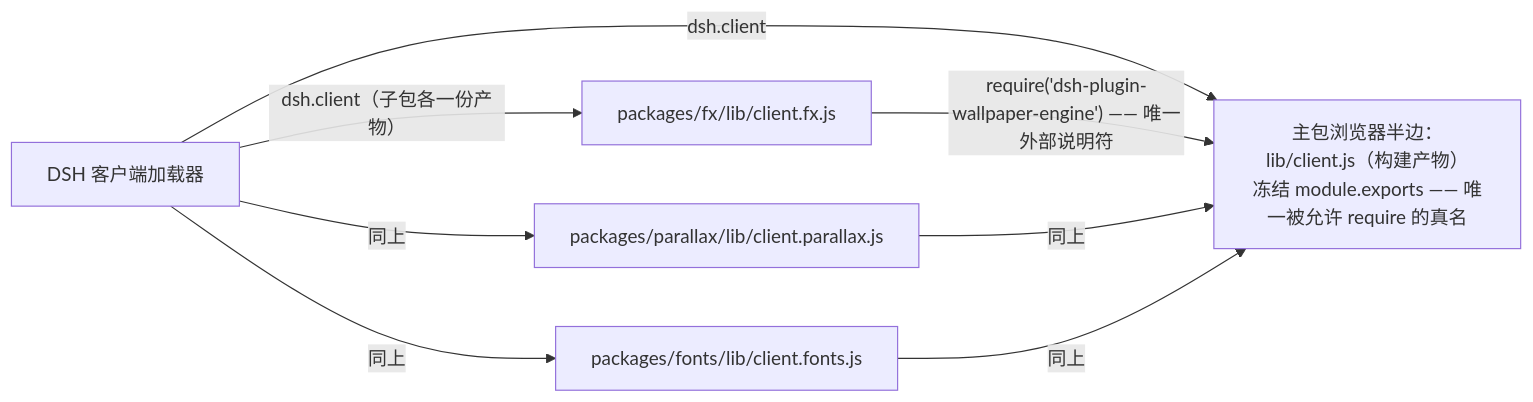
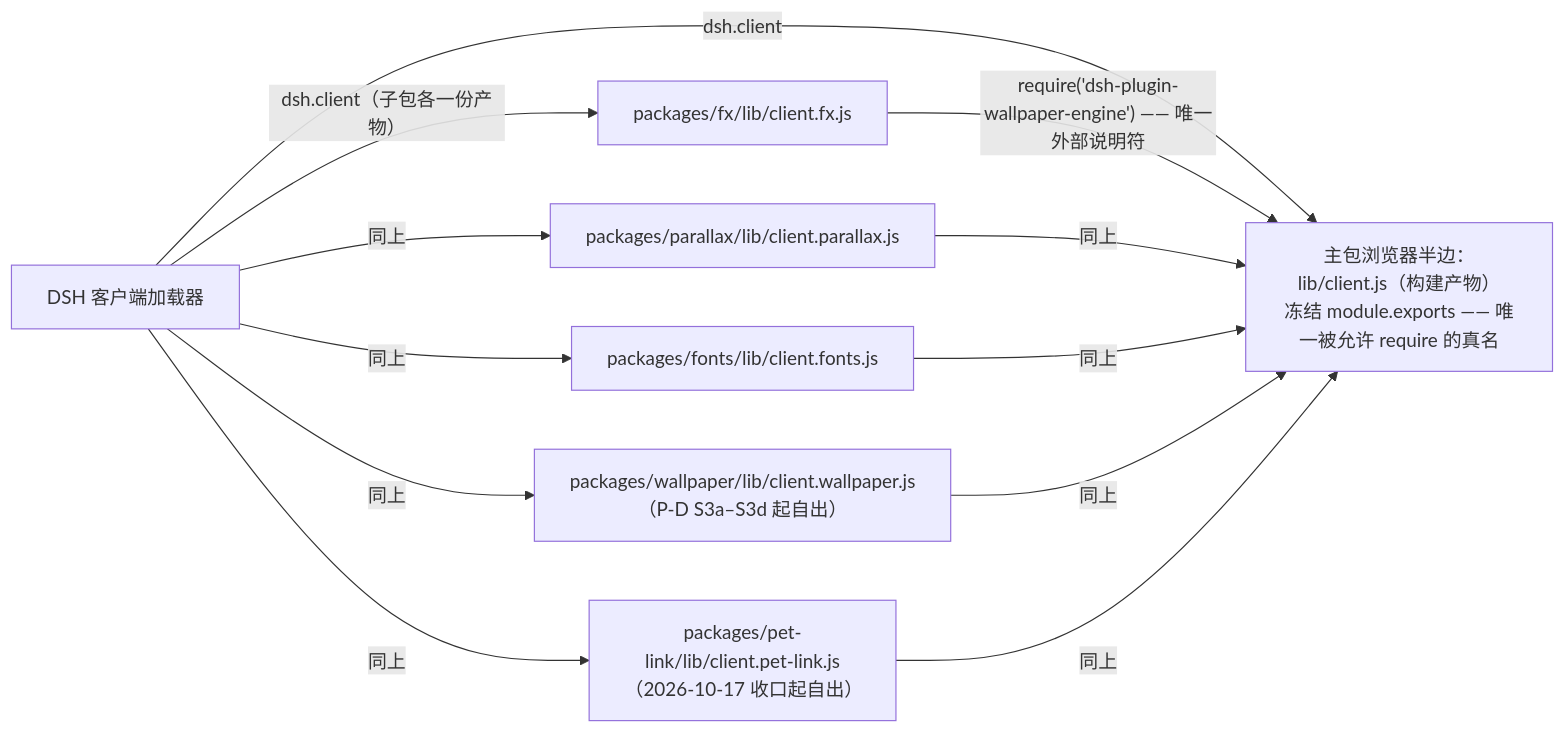
Before and after one commit to CREAMSOU/dsh-wallpaper-engine: the third of 3 diagrams in docs/SUBPACKAGE-GRAPH.md, drawn with Mermaid. The commit also changed other lines of this file and 2 other files, not shown here.

````diff
--- a/docs/SUBPACKAGE-GRAPH.md
+++ b/docs/SUBPACKAGE-GRAPH.md
@@ -86,12 +88,16 @@
 ```mermaid
 graph LR
   LOADER["DSH 客户端加载器"]
   MAINB["主包浏览器半边：lib/client.js（构建产物）<br/>冻结 module.exports —— 唯一被允许 require 的真名"]
   LOADER -->|"dsh.client"| MAINB
   LOADER -->|"dsh.client（子包各一份产物）"| FB["packages/fx/lib/client.fx.js"]
   LOADER -->|"同上"| PB["packages/parallax/lib/client.parallax.js"]
   LOADER -->|"同上"| FT["packages/fonts/lib/client.fonts.js"]
+  LOADER -->|"同上"| WB["packages/wallpaper/lib/client.wallpaper.js（P-D S3a–S3d 起自出）"]
+  LOADER -->|"同上"| PL["packages/pet-link/lib/client.pet-link.js（2026-10-17 收口起自出）"]
   FB -->|"require('dsh-plugin-wallpaper-engine') —— 唯一外部说明符"| MAINB
   PB -->|"同上"| MAINB
   FT -->|"同上"| MAINB
+  WB -->|"同上"| MAINB
+  PL -->|"同上"| MAINB
 ```
````
